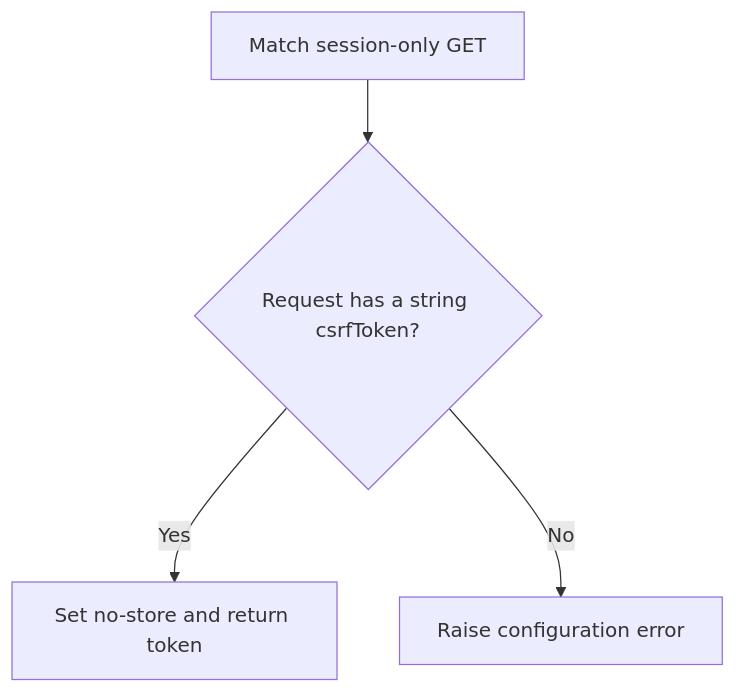
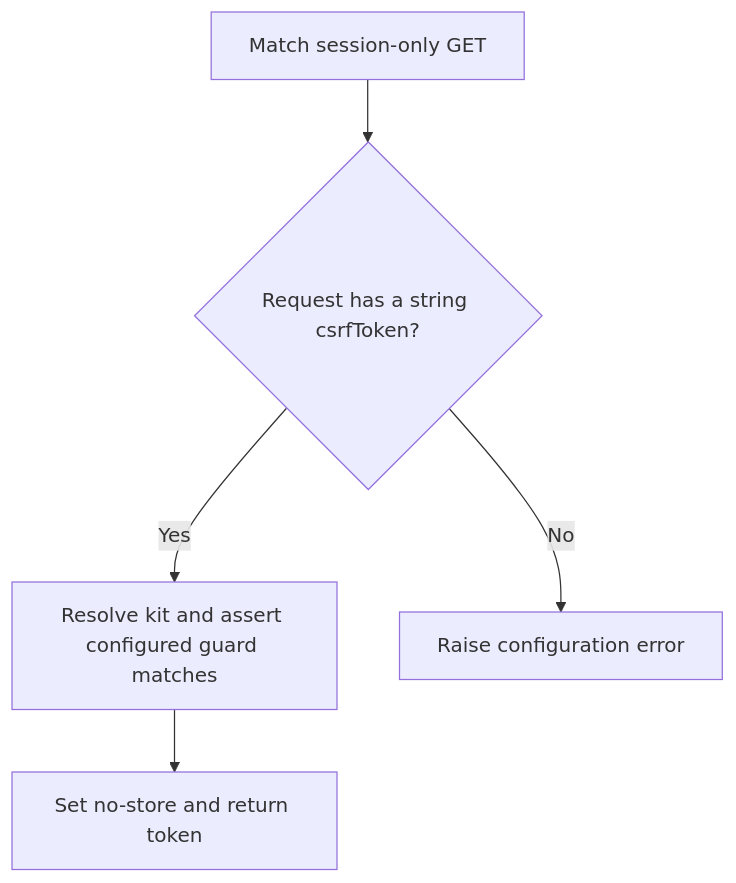
Before and after one commit to Kevinjohn/oss-adonisjs-account-kit: the second of 2 diagrams in user-stories/US-ACCOUNT-61-obtain-session-csrf-token.md, drawn with Mermaid. The commit also changed 35 other files, not shown here.

Commit message:
docs: verify user story paths and Mermaid flows against implementation

````diff
--- a/user-stories/US-ACCOUNT-61-obtain-session-csrf-token.md
+++ b/user-stories/US-ACCOUNT-61-obtain-session-csrf-token.md
@@ -33,6 +33,7 @@
 ```mermaid
 flowchart TD
     A["Match session-only GET"] --> B{"Request has a string csrfToken?"}
-    B -->|Yes| C["Set no-store and return token"]
+    B -->|Yes| E["Resolve kit and assert configured guard matches"]
+    E --> C["Set no-store and return token"]
     B -->|No| D["Raise configuration error"]
 ```
````
